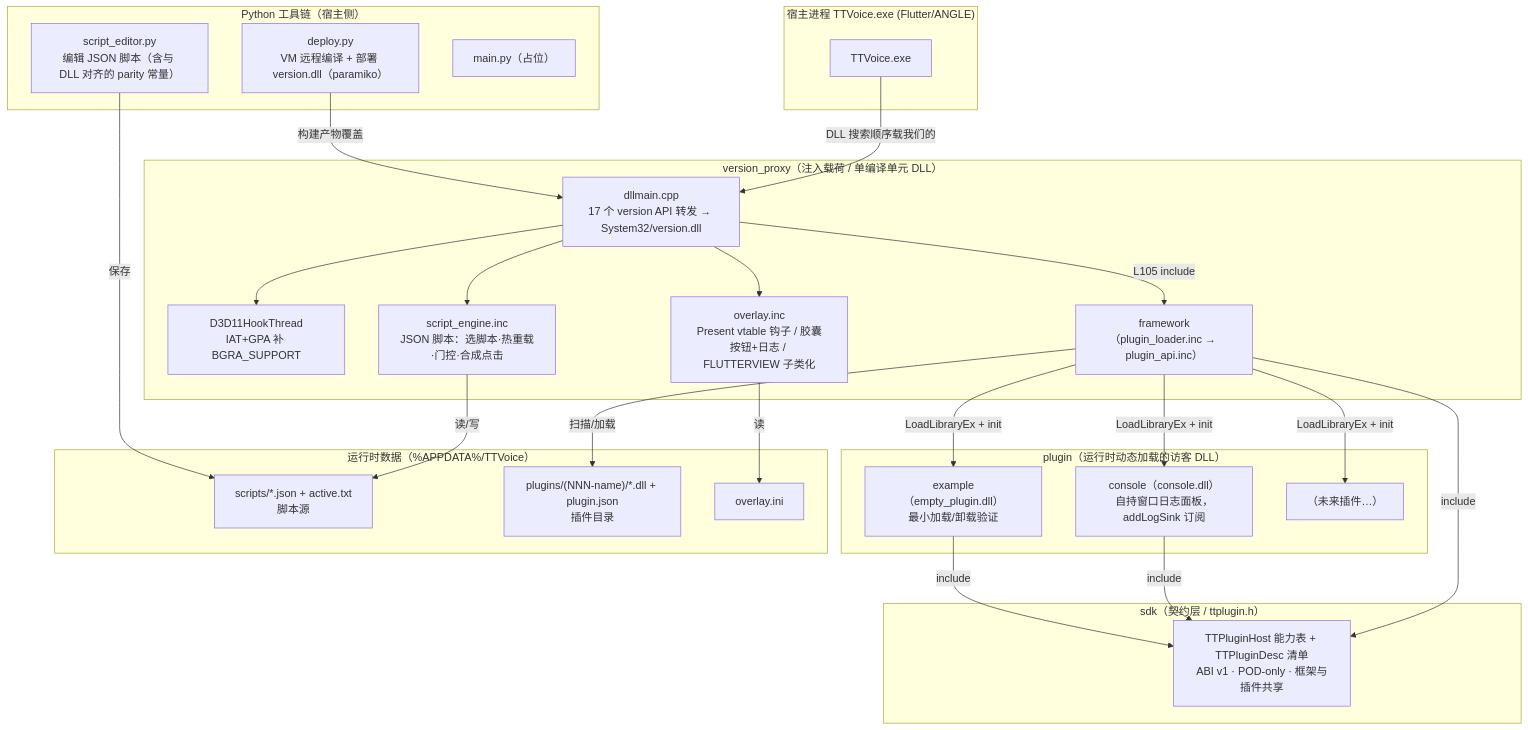
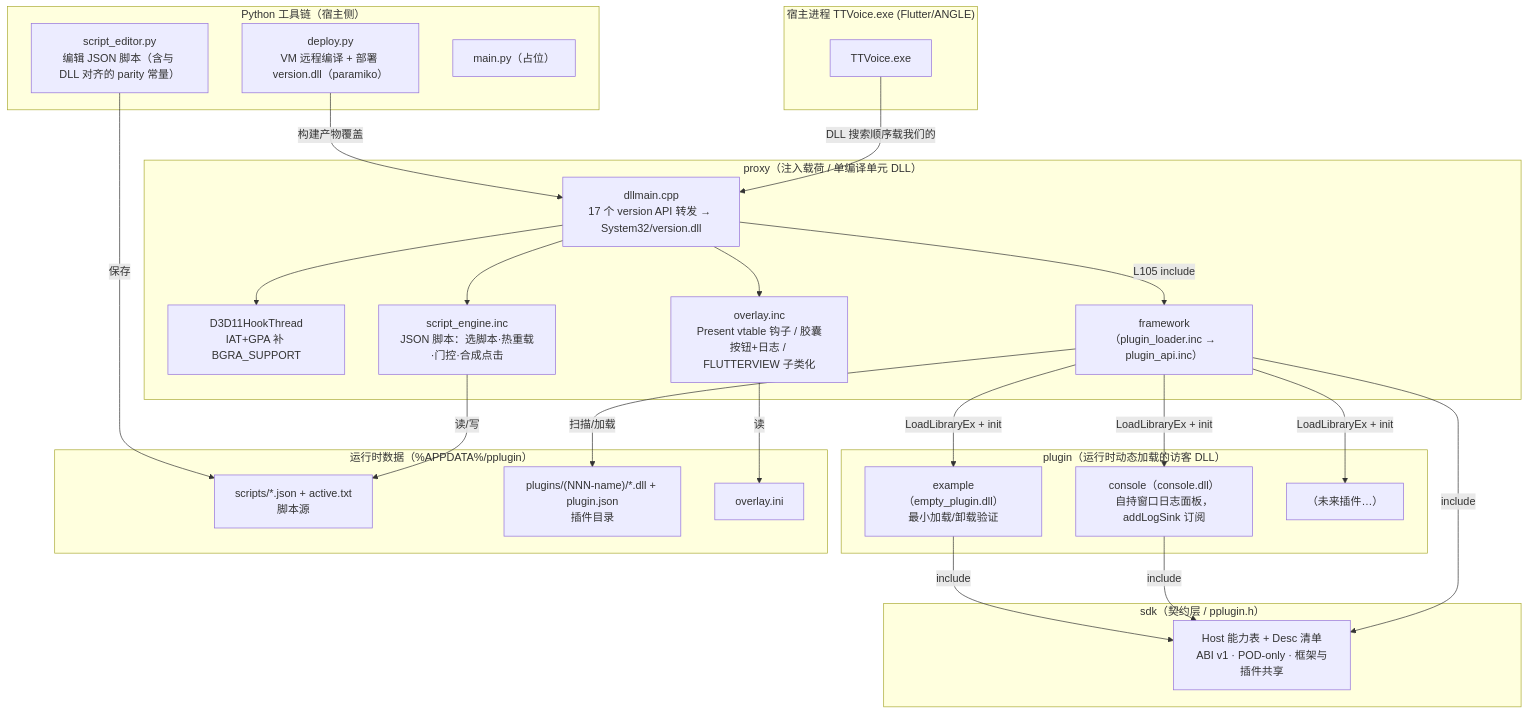
The diagram in docs/架构图.md (Qr1mln/PlusPlugin), drawn with Mermaid before and after one commit. The commit also changed other lines of this file and 31 other files, not shown here.

First line of the commit message:
refactor: proxy 零图形 + 插件自带 GUI 窗口，移除 overlay/D3D 与旧 Host 原语

````diff
--- a/docs/架构图.md
+++ b/docs/架构图.md
@@ -8,55 +8,55 @@
 ```mermaid
 graph TB
     subgraph "宿主进程 TTVoice.exe (Flutter/ANGLE)"
         EXE["TTVoice.exe"]
     end
 
-    subgraph "version_proxy（注入载荷 / 单编译单元 DLL）"
+    subgraph "proxy（注入载荷 / 单编译单元 DLL）"
         PROXY["dllmain.cpp<br/>17 个 version API 转发 → System32/version.dll"]
         BGRA["D3D11HookThread<br/>IAT+GPA 补 BGRA_SUPPORT"]
         OVERLAY["overlay.inc<br/>Present vtable 钩子 / 胶囊按钮+日志 / FLUTTERVIEW 子类化"]
         SCRIPT["script_engine.inc<br/>JSON 脚本：选脚本·热重载·门控·合成点击"]
         FRAME["framework（plugin_loader.inc → plugin_api.inc）"]
     end
 
-    subgraph "sdk（契约层 / ttplugin.h）"
-        ABI["TTPluginHost 能力表 + TTPluginDesc 清单<br/>ABI v1 · POD-only · 框架与插件共享"]
+    subgraph "sdk（契约层 / pplugin.h）"
+        ABI["Host 能力表 + Desc 清单<br/>ABI v1 · POD-only · 框架与插件共享"]
     end
 
     subgraph "plugin（运行时动态加载的访客 DLL）"
         CON["console（console.dll）<br/>自持窗口日志面板，addLogSink 订阅"]
         EX["example（empty_plugin.dll）<br/>最小加载/卸载验证"]
         MORE["（未来插件…）"]
     end
 
-    subgraph "运行时数据（%APPDATA%/TTVoice）"
+    subgraph "运行时数据（%APPDATA%/pplugin）"
         SCRIPTS["scripts/*.json + active.txt<br/>脚本源"]
         PLGDIR["plugins/(NNN-name)/*.dll + plugin.json<br/>插件目录"]
         INI["overlay.ini"]
     end
 
     subgraph "Python 工具链（宿主侧）"
         EDITOR["script_editor.py<br/>编辑 JSON 脚本（含与 DLL 对齐的 parity 常量）"]
         DEPLOY["deploy.py<br/>VM 远程编译 + 部署 version.dll（paramiko）"]
         MAIN["main.py（占位）"]
     end
 
     EXE -->|DLL 搜索顺序载我们的| PROXY
     PROXY --> BGRA
     PROXY --> OVERLAY
     PROXY --> SCRIPT
     PROXY -->|L105 include| FRAME
     FRAME -->|include| ABI
     CON -->|include| ABI
     EX -->|include| ABI
 
     FRAME -->|LoadLibraryEx + init| CON
     FRAME -->|LoadLibraryEx + init| EX
     FRAME -->|LoadLibraryEx + init| MORE
 
     SCRIPT -->|读/写| SCRIPTS
     FRAME -->|扫描/加载| PLGDIR
     OVERLAY -->|读| INI
     EDITOR -->|保存| SCRIPTS
     DEPLOY -->|构建产物覆盖| PROXY
 ```
````
